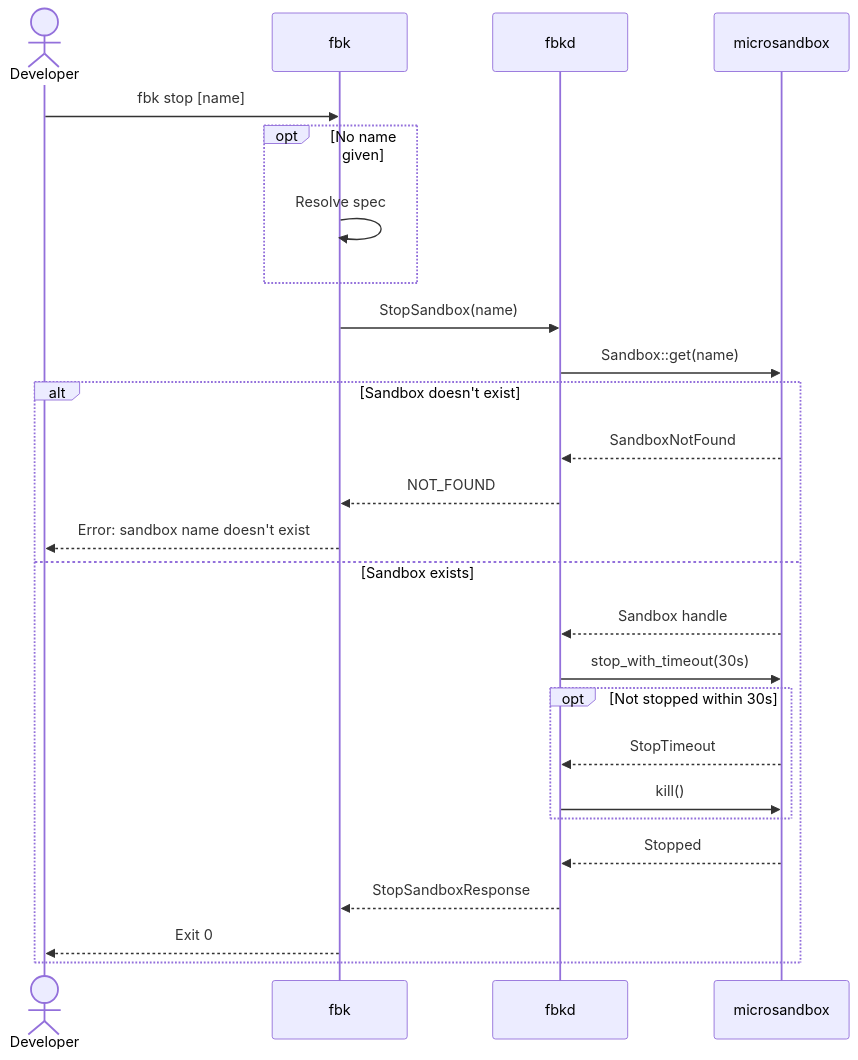
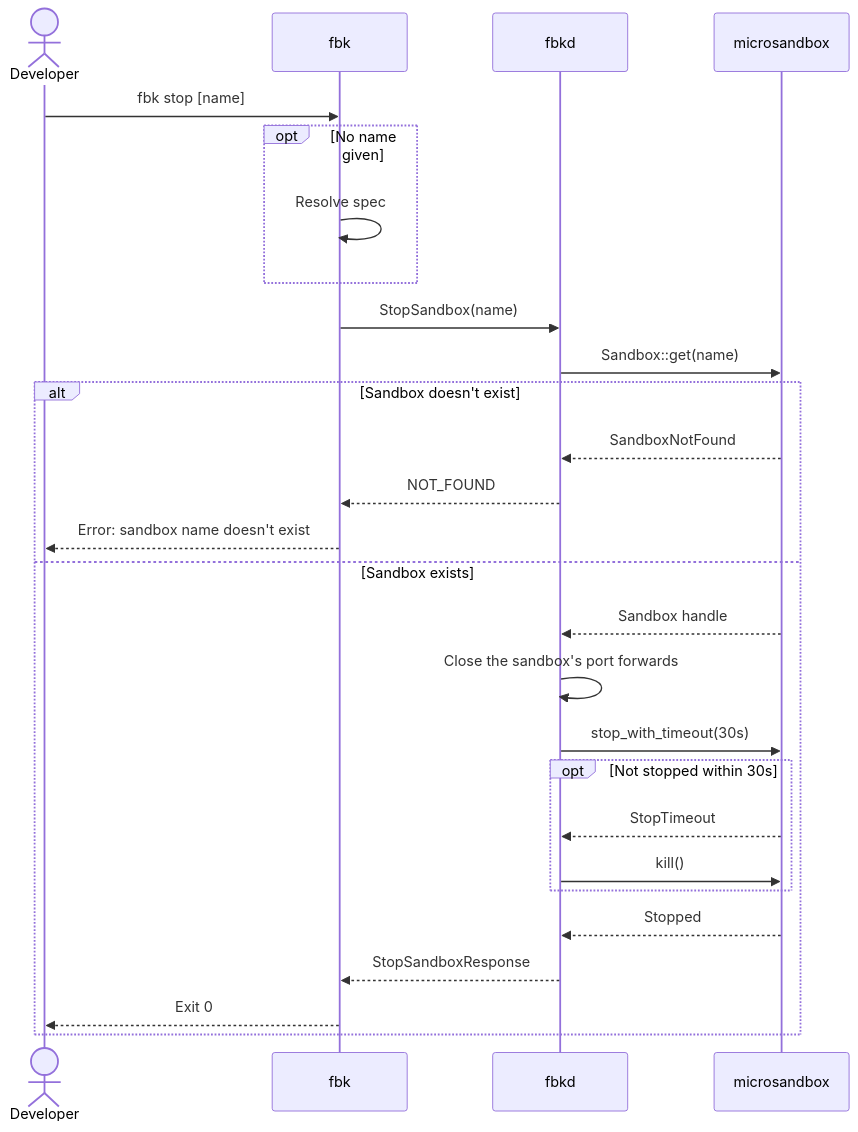
Before and after one commit to wmeints/anvil: the second of 6 diagrams in docs/architecture/06-runtime-view.md, drawn with Mermaid. The commit also changed other lines of this file and 14 other files, not shown here.

````diff
--- a/docs/architecture/06-runtime-view.md
+++ b/docs/architecture/06-runtime-view.md
@@ -133,29 +135,30 @@
 ```mermaid
 sequenceDiagram
     actor Dev as Developer
     participant CLI as fbk
     participant D as fbkd
     participant MS as microsandbox
 
     Dev->>CLI: fbk stop [name]
     opt No name given
         CLI->>CLI: Resolve spec
     end
     CLI->>D: StopSandbox(name)
     D->>MS: Sandbox::get(name)
     alt Sandbox doesn't exist
         MS-->>D: SandboxNotFound
         D-->>CLI: NOT_FOUND
         CLI-->>Dev: Error: sandbox name doesn't exist
     else Sandbox exists
         MS-->>D: Sandbox handle
+        D->>D: Close the sandbox's port forwards
         D->>MS: stop_with_timeout(30s)
         opt Not stopped within 30s
             MS-->>D: StopTimeout
             D->>MS: kill()
         end
         MS-->>D: Stopped
         D-->>CLI: StopSandboxResponse
         CLI-->>Dev: Exit 0
     end
 ```
````
